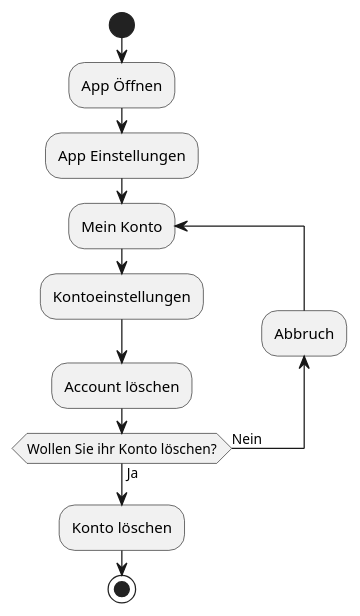
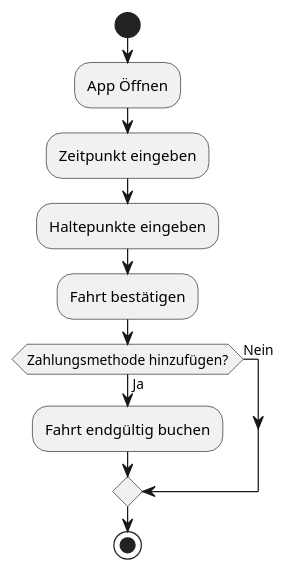
One commit to KevGOtt/Objektorientierte-Softwaretechnik changed the diagram in src/main/java/EasyRide/Woche3/01 1 Aktivitätsdiagramm.puml. Above: the diagram before and after it, drawn with PlantUML. The commit also changed 9 other files, not shown here.

```diff
--- a/src/main/java/EasyRide/Woche3/01 1 Aktivitätsdiagramm.puml
+++ b/src/main/java/EasyRide/Woche3/01 1 Aktivitätsdiagramm.puml
@@ -1,16 +1,20 @@
 @startuml
 
 start
 
 :App Öffnen;
 
-:App Einstellungen;
-repeat :Mein Konto;
-:Kontoeinstellungen;
-:Account löschen;
-backward:Abbruch;
-repeat while (Wollen Sie ihr Konto löschen?) is (Nein) not (Ja)
-    :Konto löschen;
+:Zeitpunkt eingeben;
+:Haltepunkte eingeben;
+:Fahrt bestätigen;
+
+if (Zahlungsmethode hinzufügen?) is (Ja) then
+    :Fahrt endgültig buchen;
+else (Nein)
+
+endif
+
+
 stop
 
 @enduml
```
